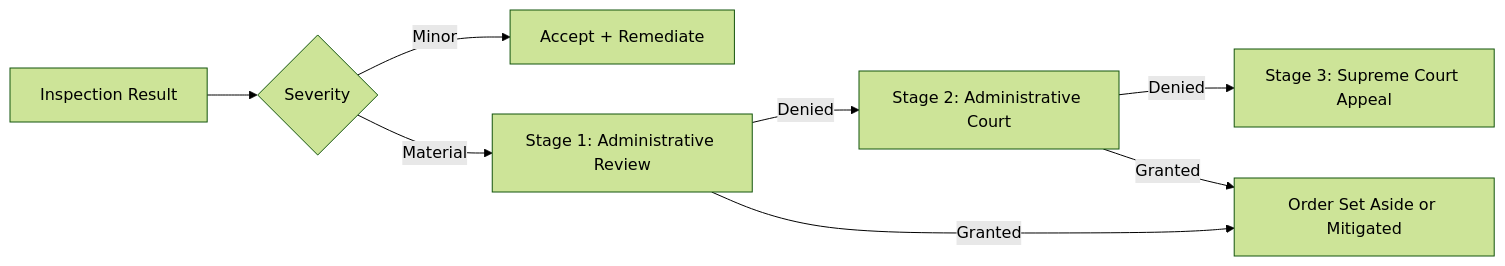
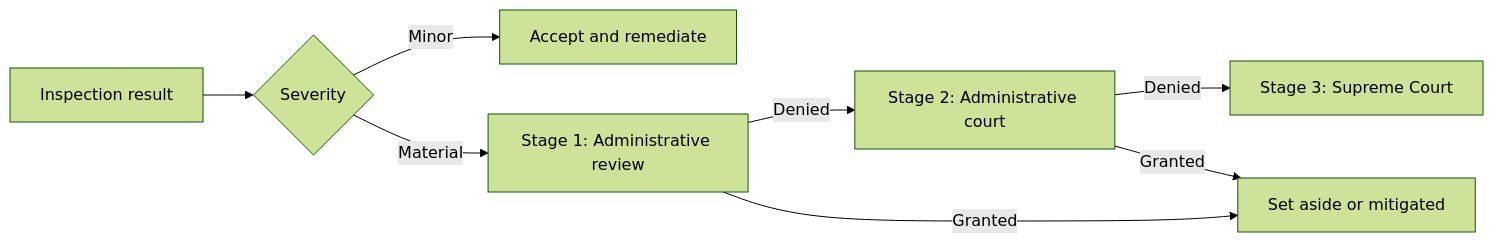
One commit to lala-david/aml-notes changed the third of 3 diagrams in en/inspection-response-summary.md. Above: the diagram before and after it, drawn with Mermaid (forest theme). The commit also changed other lines of this file and 233 other files, not shown here.

````diff
--- a/en/inspection-response-summary.md
+++ b/en/inspection-response-summary.md
@@ -199,10 +150,10 @@
 ```mermaid
 flowchart LR
-    A["Inspection Result"] --> B{"Severity"}
-    B -->|"Minor"| C["Accept + Remediate"]
-    B -->|"Material"| D["Stage 1: Administrative Review"]
-    D -->|"Denied"| E["Stage 2: Administrative Court"]
-    E -->|"Denied"| F["Stage 3: Supreme Court Appeal"]
-    D -->|"Granted"| G["Order Set Aside or Mitigated"]
+    A["Inspection result"] --> B{"Severity"}
+    B -->|"Minor"| C["Accept and remediate"]
+    B -->|"Material"| D["Stage 1: Administrative review"]
+    D -->|"Denied"| E["Stage 2: Administrative court"]
+    E -->|"Denied"| F["Stage 3: Supreme Court"]
+    D -->|"Granted"| G["Set aside or mitigated"]
     E -->|"Granted"| G
 ```
````
